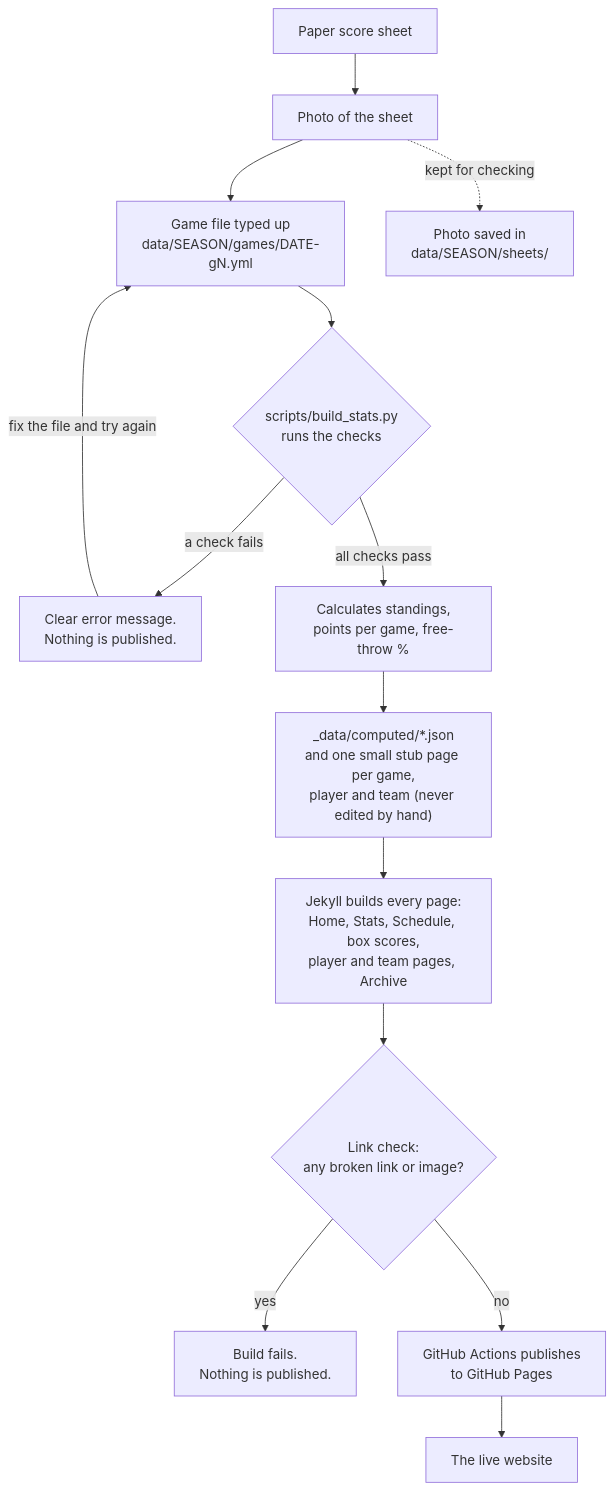
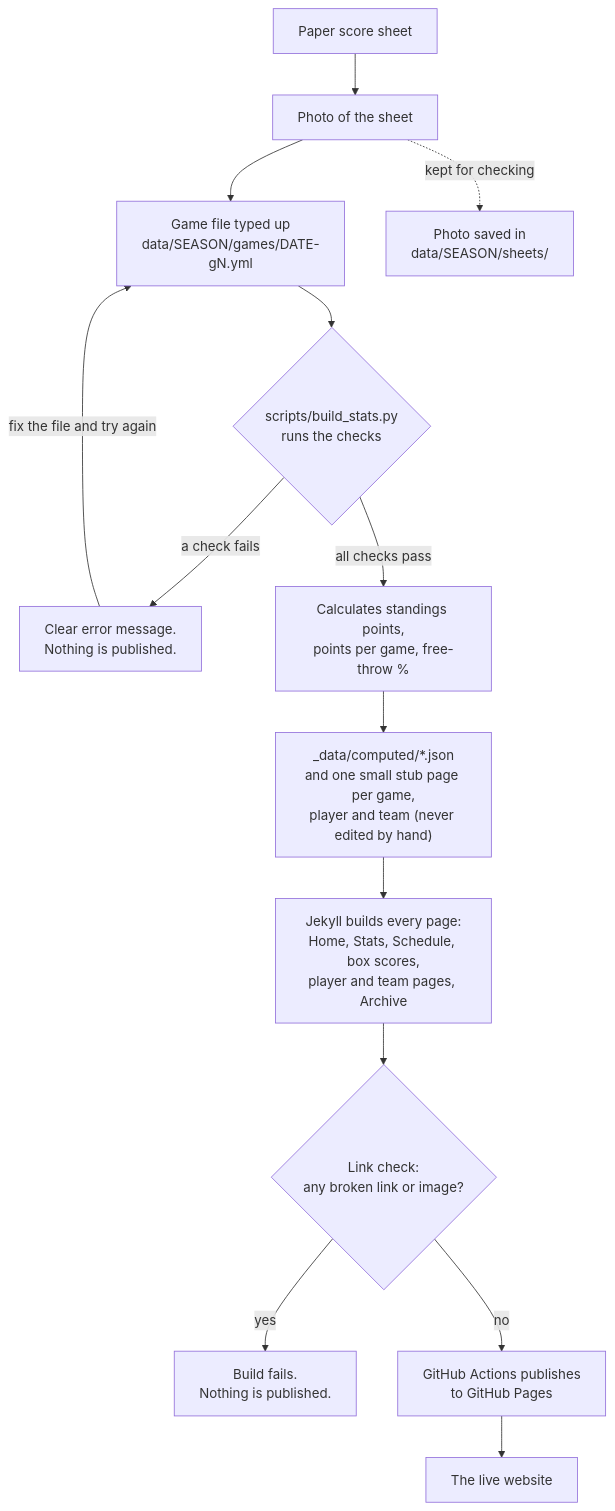
Before and after one commit to tb-masters-basketball/website: the diagram in docs/stats-workflow.md, drawn with Mermaid. The commit also changed other lines of this file and 3 other files, not shown here.

````diff
--- a/docs/stats-workflow.md
+++ b/docs/stats-workflow.md
@@ -24,16 +24,16 @@
 ```mermaid
 flowchart TD
     A["Paper score sheet"] --> B["Photo of the sheet"]
     B --> C["Game file typed up<br/>data/SEASON/games/DATE-gN.yml"]
     B -. "kept for checking" .-> P["Photo saved in<br/>data/SEASON/sheets/"]
     C --> D{"scripts/build_stats.py<br/>runs the checks"}
     D -- "a check fails" --> E["Clear error message.<br/>Nothing is published."]
     E -- "fix the file and try again" --> C
-    D -- "all checks pass" --> F["Calculates standings,<br/>points per game, free-throw %"]
+    D -- "all checks pass" --> F["Calculates standings points,<br/>points per game, free-throw %"]
     F --> G["_data/computed/*.json<br/>and one small stub page per game,<br/>player and team (never edited by hand)"]
     G --> H["Jekyll builds every page:<br/>Home, Stats, Schedule, box scores,<br/>player and team pages, Archive"]
     H --> L{"Link check:<br/>any broken link or image?"}
     L -- "yes" --> E2["Build fails.<br/>Nothing is published."]
     L -- "no" --> I["GitHub Actions publishes<br/>to GitHub Pages"]
     I --> J["The live website"]
 ```
````
